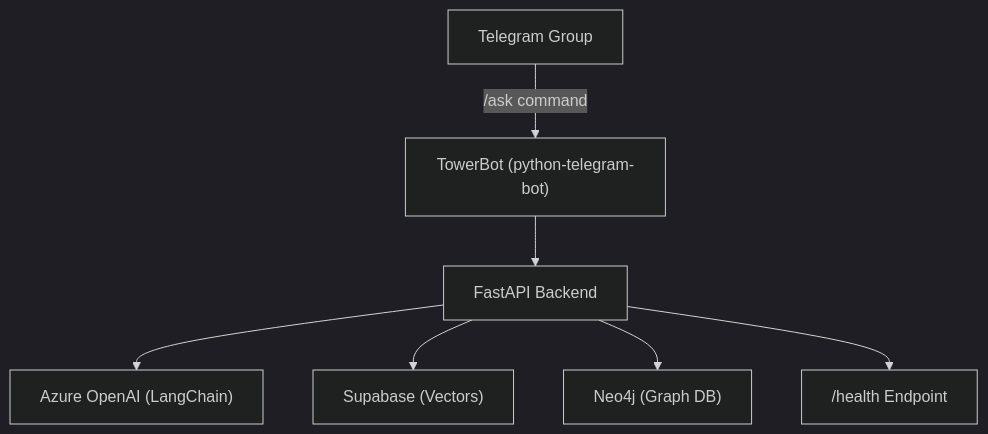
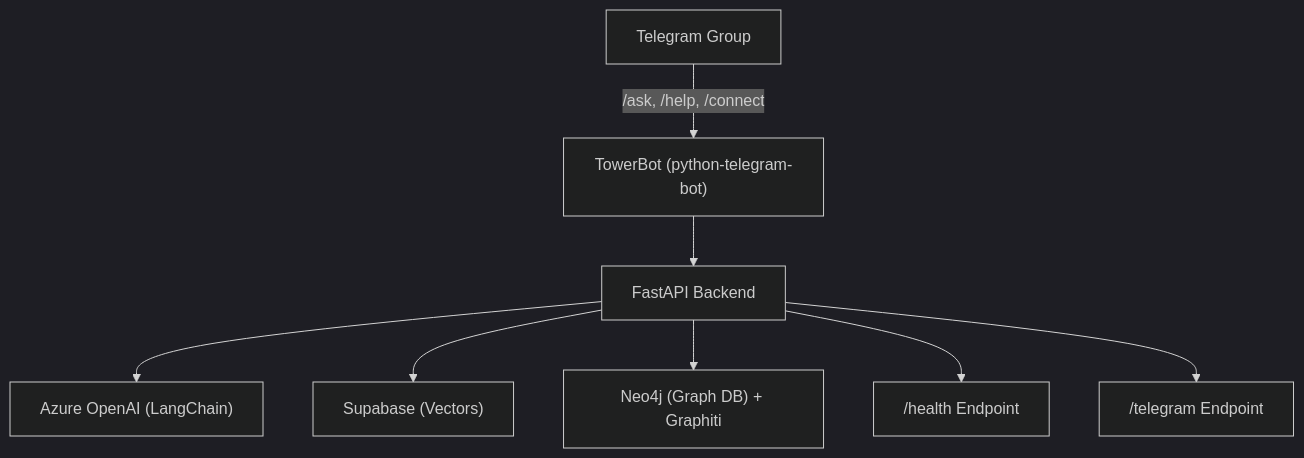
Before and after one commit to frontiertower/towerbot: the diagram in README.md, drawn with Mermaid (dark theme). The commit also changed other lines of this file, not shown here.

````diff
--- a/README.md
+++ b/README.md
@@ -75,9 +96,10 @@
 ```mermaid
 graph TD;
-  TG["Telegram Group"] -->|/ask command| BOT["TowerBot (python-telegram-bot)"]
+  TG["Telegram Group"] -->|/ask, /help, /connect| BOT["TowerBot (python-telegram-bot)"]
   BOT --> API["FastAPI Backend"]
   API --> AI["Azure OpenAI (LangChain)"]
   API --> DB["Supabase (Vectors)"]
-  API --> GRAPH["Neo4j (Graph DB)"]
+  API --> GRAPH["Neo4j (Graph DB) + Graphiti"]
   API --> Health["/health Endpoint"]
+  API --> Webhook["/telegram Endpoint"]
 ```
````
